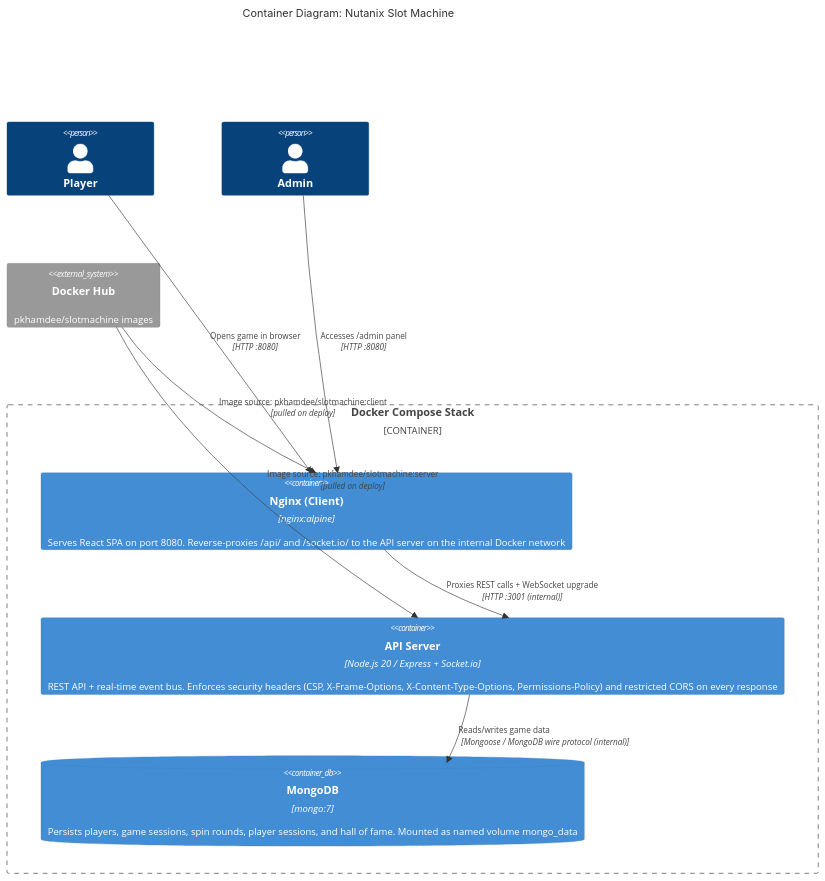
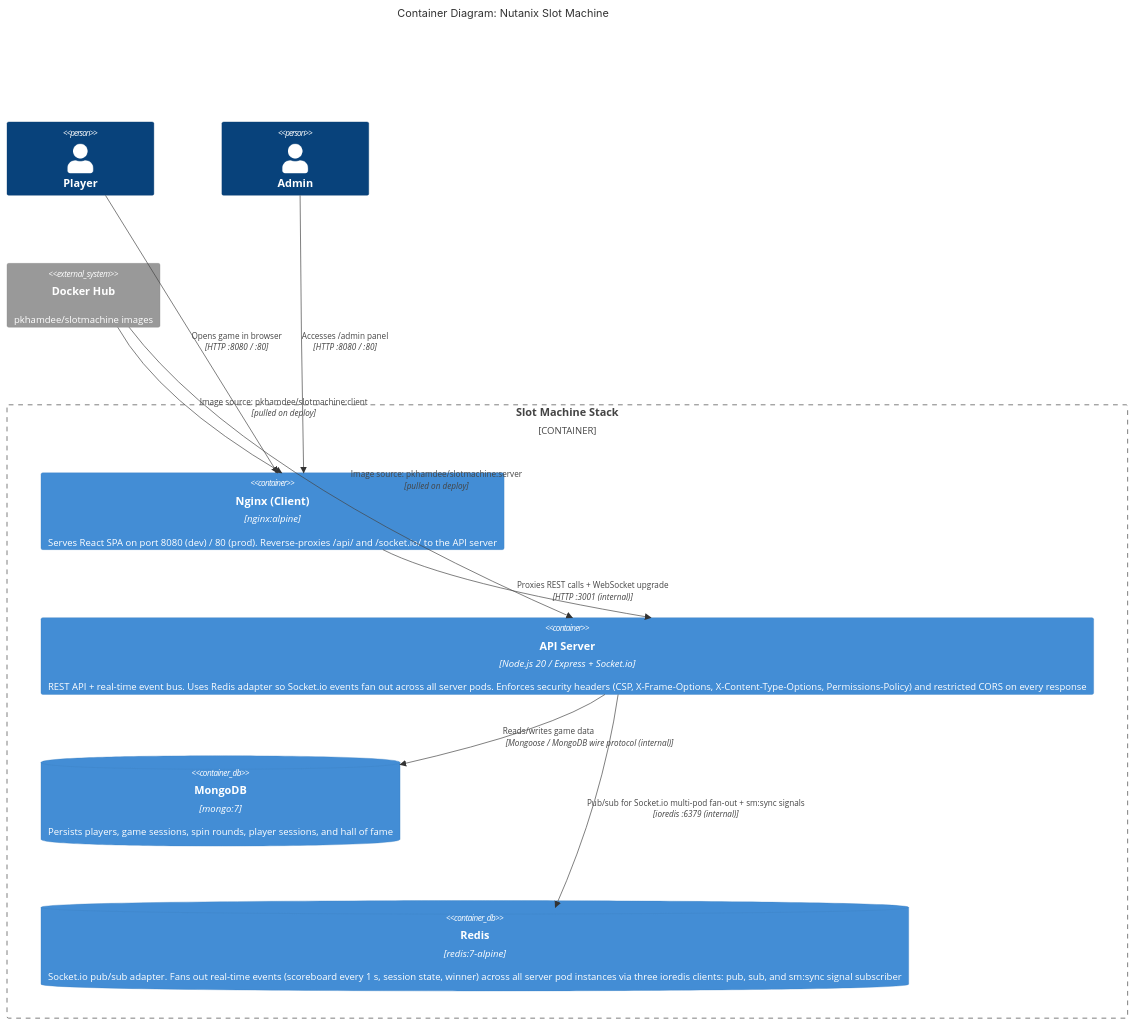
Before and after one commit to pkhamdee/slotmachine: the second of 8 diagrams in C4_DIAGRAM.md, drawn with Mermaid. The commit also changed other lines of this file and 1 other file, not shown here.

````diff
--- a/C4_DIAGRAM.md
+++ b/C4_DIAGRAM.md
@@ -33,23 +33,25 @@
 ```mermaid
 C4Container
   title Container Diagram: Nutanix Slot Machine
 
   Person(player, "Player")
   Person(admin, "Admin")
 
-  Container_Boundary(docker, "Docker Compose Stack") {
+  Container_Boundary(stack, "Slot Machine Stack") {
 
-    Container(nginx, "Nginx (Client)", "nginx:alpine", "Serves React SPA on port 8080. Reverse-proxies /api/ and /socket.io/ to the API server on the internal Docker network")
-    Container(server, "API Server", "Node.js 20 / Express + Socket.io", "REST API + real-time event bus. Enforces security headers (CSP, X-Frame-Options, X-Content-Type-Options, Permissions-Policy) and restricted CORS on every response")
-    ContainerDb(mongo, "MongoDB", "mongo:7", "Persists players, game sessions, spin rounds, player sessions, and hall of fame. Mounted as named volume mongo_data")
+    Container(nginx, "Nginx (Client)", "nginx:alpine", "Serves React SPA on port 8080 (dev) / 80 (prod). Reverse-proxies /api/ and /socket.io/ to the API server")
+    Container(server, "API Server", "Node.js 20 / Express + Socket.io", "REST API + real-time event bus. Uses Redis adapter so Socket.io events fan out across all server pods. Enforces security headers (CSP, X-Frame-Options, X-Content-Type-Options, Permissions-Policy) and restricted CORS on every response")
+    ContainerDb(mongo, "MongoDB", "mongo:7", "Persists players, game sessions, spin rounds, player sessions, and hall of fame")
+    ContainerDb(redis, "Redis", "redis:7-alpine", "Socket.io pub/sub adapter. Fans out real-time events (scoreboard every 1 s, session state, winner) across all server pod instances via three ioredis clients: pub, sub, and sm:sync signal subscriber")
   }
 
   System_Ext(dockerhub, "Docker Hub", "pkhamdee/slotmachine images")
 
-  Rel(player, nginx, "Opens game in browser", "HTTP :8080")
-  Rel(admin, nginx, "Accesses /admin panel", "HTTP :8080")
+  Rel(player, nginx, "Opens game in browser", "HTTP :8080 / :80")
+  Rel(admin, nginx, "Accesses /admin panel", "HTTP :8080 / :80")
   Rel(nginx, server, "Proxies REST calls + WebSocket upgrade", "HTTP :3001 (internal)")
   Rel(server, mongo, "Reads/writes game data", "Mongoose / MongoDB wire protocol (internal)")
+  Rel(server, redis, "Pub/sub for Socket.io multi-pod fan-out + sm:sync signals", "ioredis :6379 (internal)")
   Rel(dockerhub, nginx, "Image source: pkhamdee/slotmachine:client", "pulled on deploy")
   Rel(dockerhub, server, "Image source: pkhamdee/slotmachine:server", "pulled on deploy")
 ```
````
